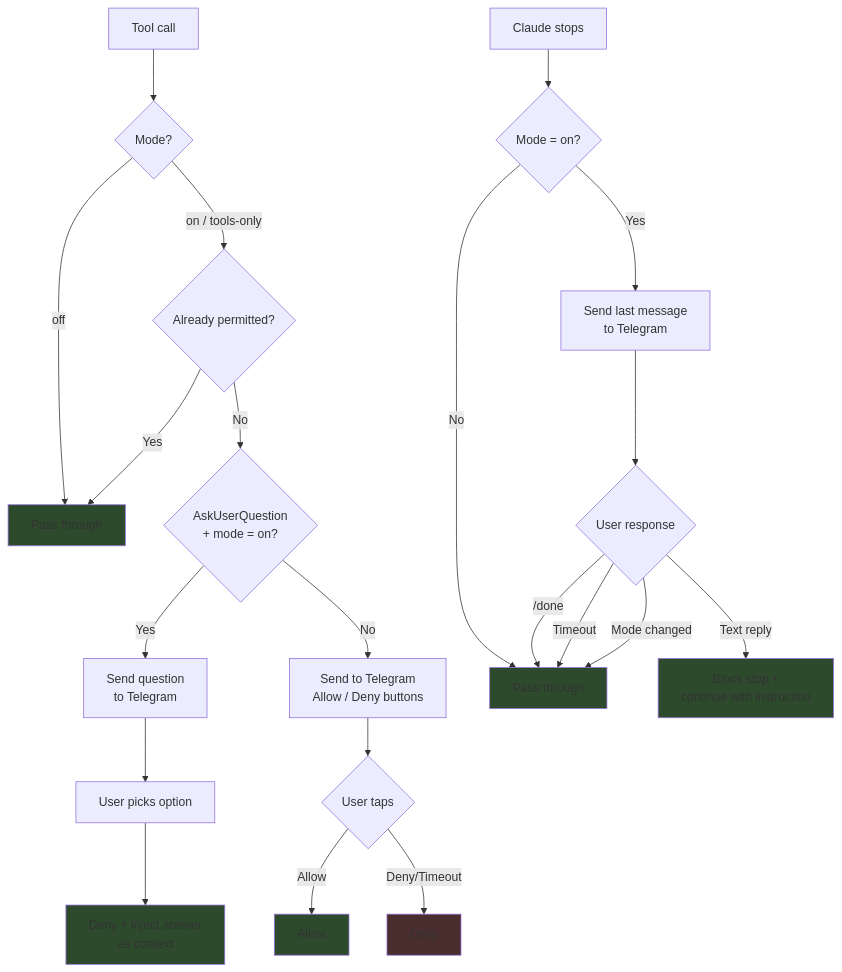
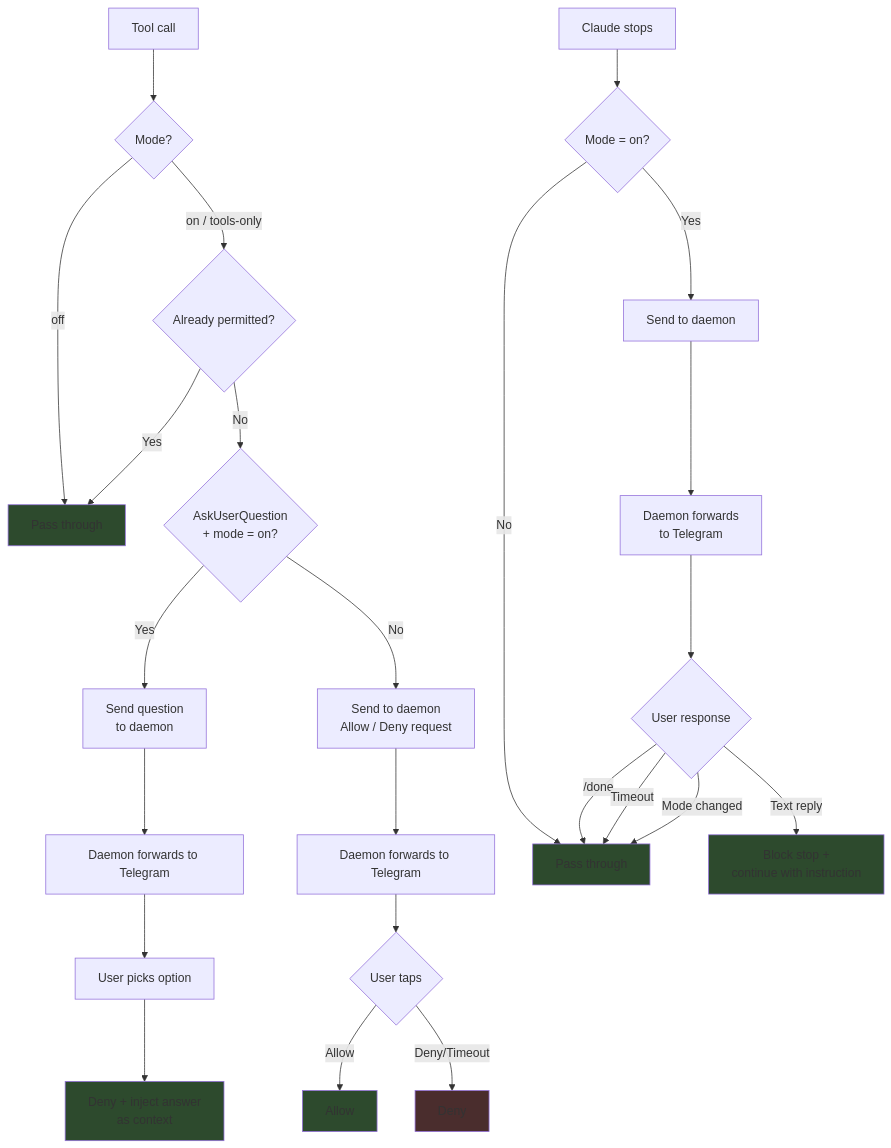
One commit to laveez/cctg changed the second of 2 diagrams in README.md. Above: the diagram before and after it, drawn with Mermaid. The commit also changed other lines of this file, not shown here.

Commit message:
Docs: Update README for daemon architecture and multi-session support
- Update sequence diagram to show daemon in hook-to-Telegram flow
- Replace "No daemon" feature with "Lightweight daemon" and "Multi-session"
- Update "How it works" section with daemon explanation and revised flowchart
- Update Security section to reference local daemon/Unix socket
- Add troubleshooting entries for daemon issues and multi-session

````diff
--- a/README.md
+++ b/README.md
@@ -190,31 +200,34 @@
 ```mermaid
 flowchart TD
     A[Tool call] --> B{Mode?}
     B -- off --> C[Pass through]
     B -- on / tools-only --> D{Already permitted?}
     D -- Yes --> C
     D -- No --> E{AskUserQuestion<br/>+ mode = on?}
-    E -- Yes --> F[Send question<br/>to Telegram]
-    F --> G[User picks option]
-    G --> H[Deny + inject answer<br/>as context]
-    E -- No --> I[Send to Telegram<br/>Allow / Deny buttons]
-    I --> J{User taps}
-    J -- Allow --> K[Allow]
-    J -- Deny/Timeout --> L[Deny]
+    E -- Yes --> F[Send question<br/>to daemon]
+    F --> G[Daemon forwards to Telegram]
+    G --> H[User picks option]
+    H --> I[Deny + inject answer<br/>as context]
+    E -- No --> J[Send to daemon<br/>Allow / Deny request]
+    J --> K[Daemon forwards to Telegram]
+    K --> L{User taps}
+    L -- Allow --> M[Allow]
+    L -- Deny/Timeout --> N[Deny]
 
-    M[Claude stops] --> N{Mode = on?}
-    N -- No --> O[Pass through]
-    N -- Yes --> P[Send last message<br/>to Telegram]
-    P --> Q{User response}
-    Q -- Text reply --> R[Block stop +<br/>continue with instruction]
-    Q -- /done --> O
-    Q -- Timeout --> O
-    Q -- Mode changed --> O
+    O[Claude stops] --> P{Mode = on?}
+    P -- No --> Q[Pass through]
+    P -- Yes --> R[Send to daemon]
+    R --> S[Daemon forwards<br/>to Telegram]
+    S --> T{User response}
+    T -- Text reply --> U[Block stop +<br/>continue with instruction]
+    T -- /done --> Q
+    T -- Timeout --> Q
+    T -- Mode changed --> Q
 
     style C fill:#2d4a2d
-    style K fill:#2d4a2d
-    style H fill:#2d4a2d
-    style R fill:#2d4a2d
-    style L fill:#4a2d2d
-    style O fill:#2d4a2d
+    style M fill:#2d4a2d
+    style I fill:#2d4a2d
+    style U fill:#2d4a2d
+    style N fill:#4a2d2d
+    style Q fill:#2d4a2d
 ```
````
